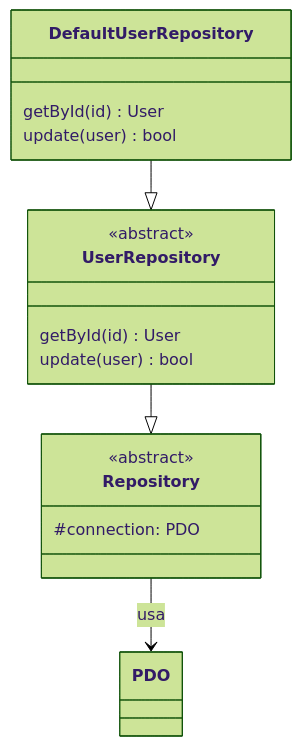
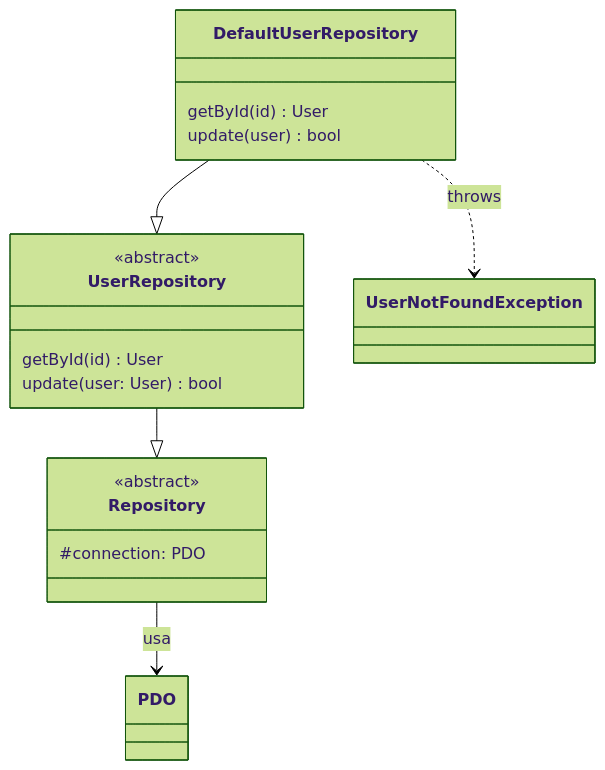
Before and after one commit to mb4dev/progetto-prova: the first of 7 diagrams in documentazione_v2/UC02.md, drawn with Mermaid (forest theme). The commit also changed other lines of this file and 4 other files, not shown here.

````diff
--- a/documentazione_v2/UC02.md
+++ b/documentazione_v2/UC02.md
@@ -10,22 +10,23 @@
 ``` mermaid 
 classDiagram
 class Repository {
     <<abstract>>
     #connection: PDO
 }
 
 class UserRepository {
     <<abstract>>
     getById(id) User
-    update(user) bool
+    update(user: User) bool
 }
 
 class DefaultUserRepository {
     getById(id) User
     update(user) bool
 }
 
+DefaultUserRepository ..> UserNotFoundException : throws
 UserRepository --|> Repository        
 DefaultUserRepository --|> UserRepository  
 Repository --> PDO : usa
 ```
````
